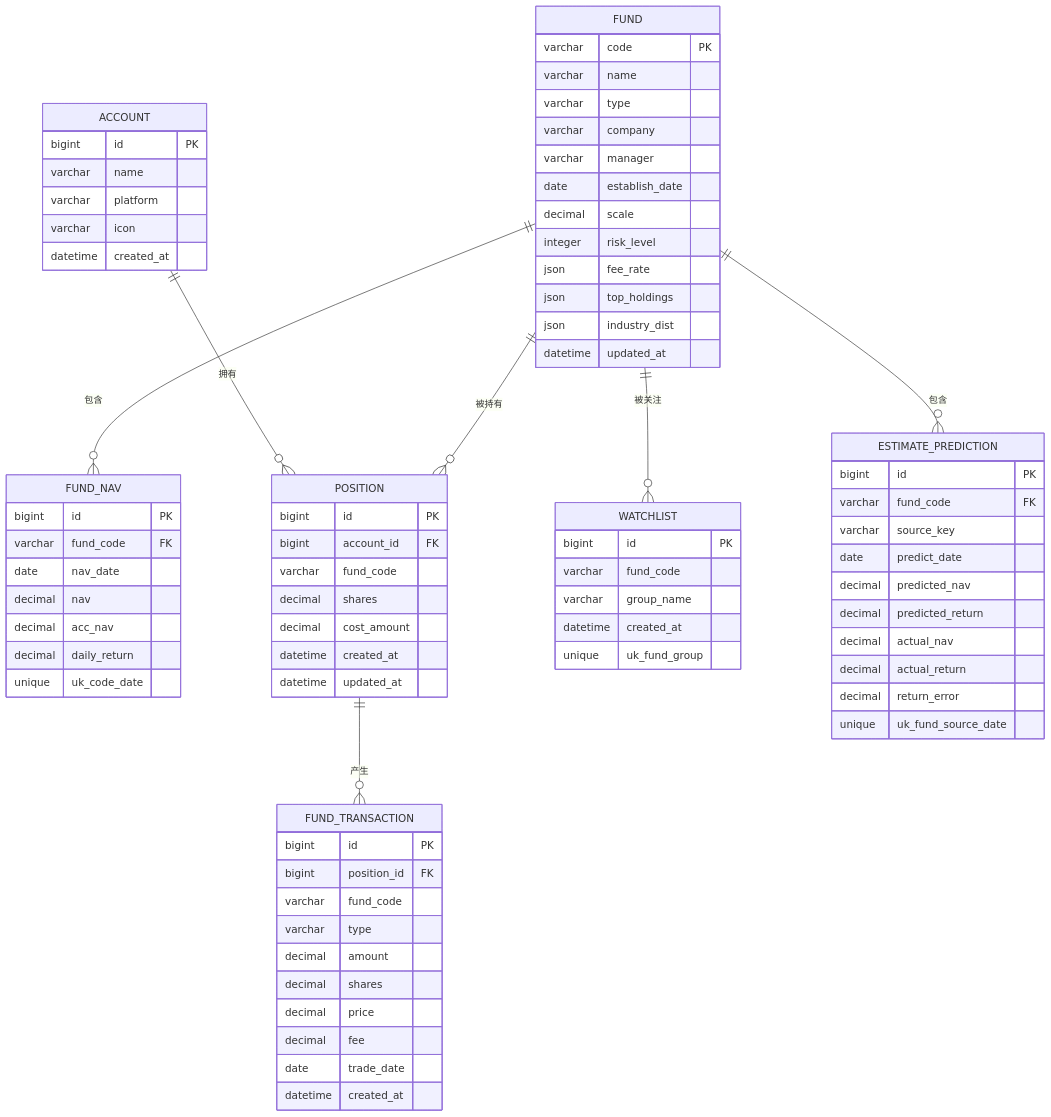
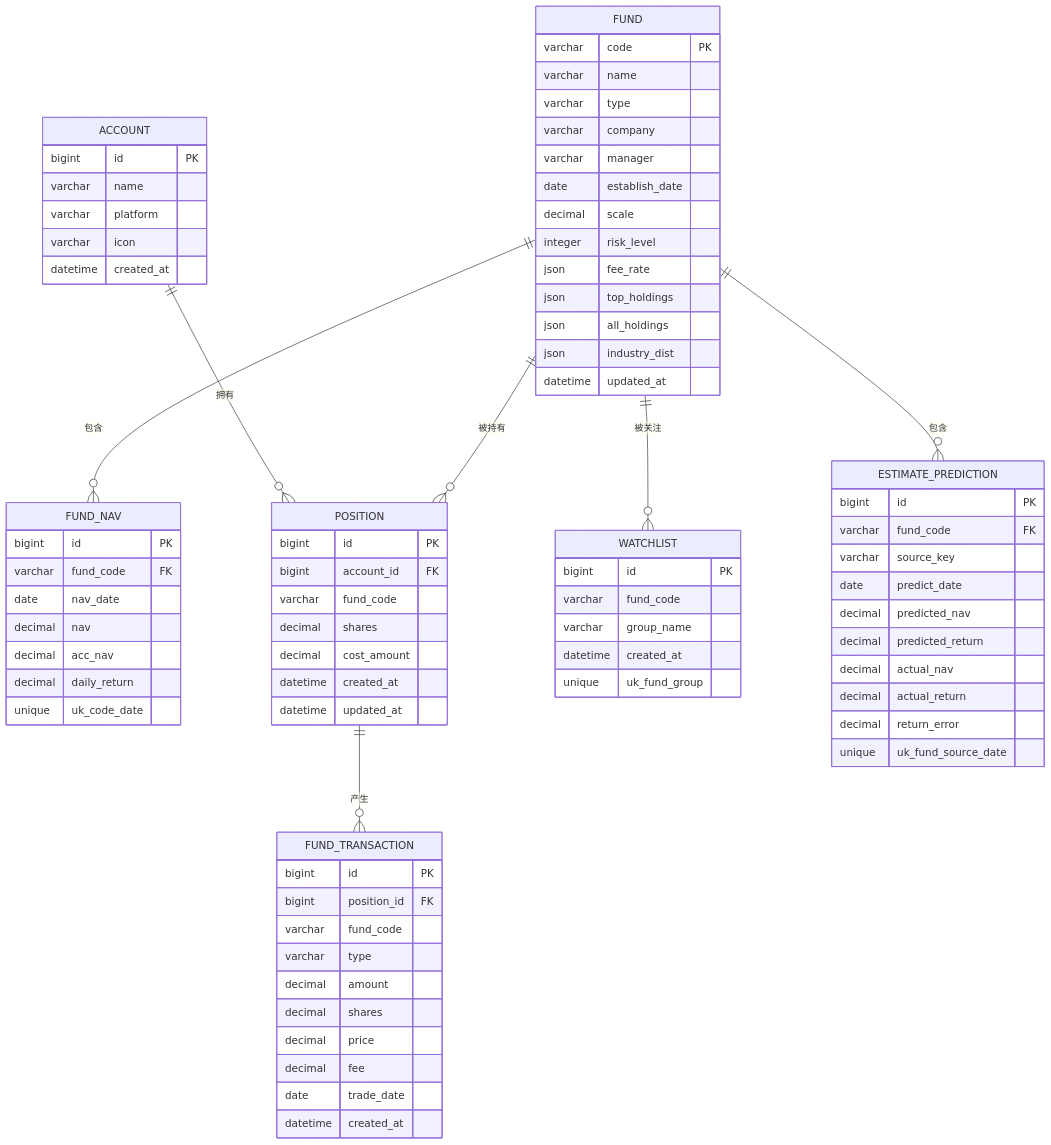
Before and after one commit to gree-coder/fund-butler: diagram 12 of 16 in .qoder/repowiki/zh/content/核心功能开发/多源基金估值系统.md, drawn with Mermaid. The commit also changed other lines of this file and 28 other files, not shown here.

````diff
--- a/.qoder/repowiki/zh/content/核心功能开发/多源基金估值系统.md
+++ b/.qoder/repowiki/zh/content/核心功能开发/多源基金估值系统.md
@@ -507,79 +544,80 @@
 ```mermaid
 erDiagram
 FUND {
 varchar code PK
 varchar name
 varchar type
 varchar company
 varchar manager
 date establish_date
 decimal scale
 integer risk_level
 json fee_rate
 json top_holdings
+json all_holdings
 json industry_dist
 datetime updated_at
 }
 FUND_NAV {
 bigint id PK
 varchar fund_code FK
 date nav_date
 decimal nav
 decimal acc_nav
 decimal daily_return
 unique uk_code_date
 }
 ACCOUNT {
 bigint id PK
 varchar name
 varchar platform
 varchar icon
 datetime created_at
 }
 POSITION {
 bigint id PK
 bigint account_id FK
 varchar fund_code
 decimal shares
 decimal cost_amount
 datetime created_at
 datetime updated_at
 }
 FUND_TRANSACTION {
 bigint id PK
 bigint position_id FK
 varchar fund_code
 varchar type
 decimal amount
 decimal shares
 decimal price
 decimal fee
 date trade_date
 datetime created_at
 }
 WATCHLIST {
 bigint id PK
 varchar fund_code
 varchar group_name
 datetime created_at
 unique uk_fund_group
 }
 ESTIMATE_PREDICTION {
 bigint id PK
 varchar fund_code FK
 varchar source_key
 date predict_date
 decimal predicted_nav
 decimal predicted_return
 decimal actual_nav
 decimal actual_return
 decimal return_error
 unique uk_fund_source_date
 }
 FUND ||--o{ FUND_NAV : "包含"
 FUND ||--o{ ESTIMATE_PREDICTION : "包含"
 ACCOUNT ||--o{ POSITION : "拥有"
 POSITION ||--o{ FUND_TRANSACTION : "产生"
 FUND ||--o{ POSITION : "被持有"
 FUND ||--o{ WATCHLIST : "被关注"
 ```
````
